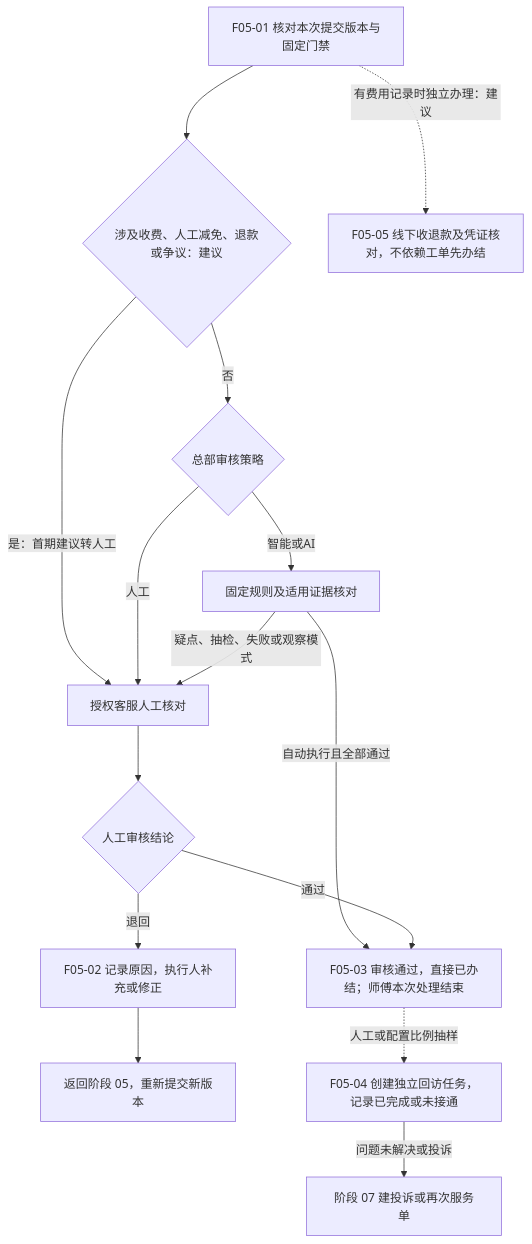
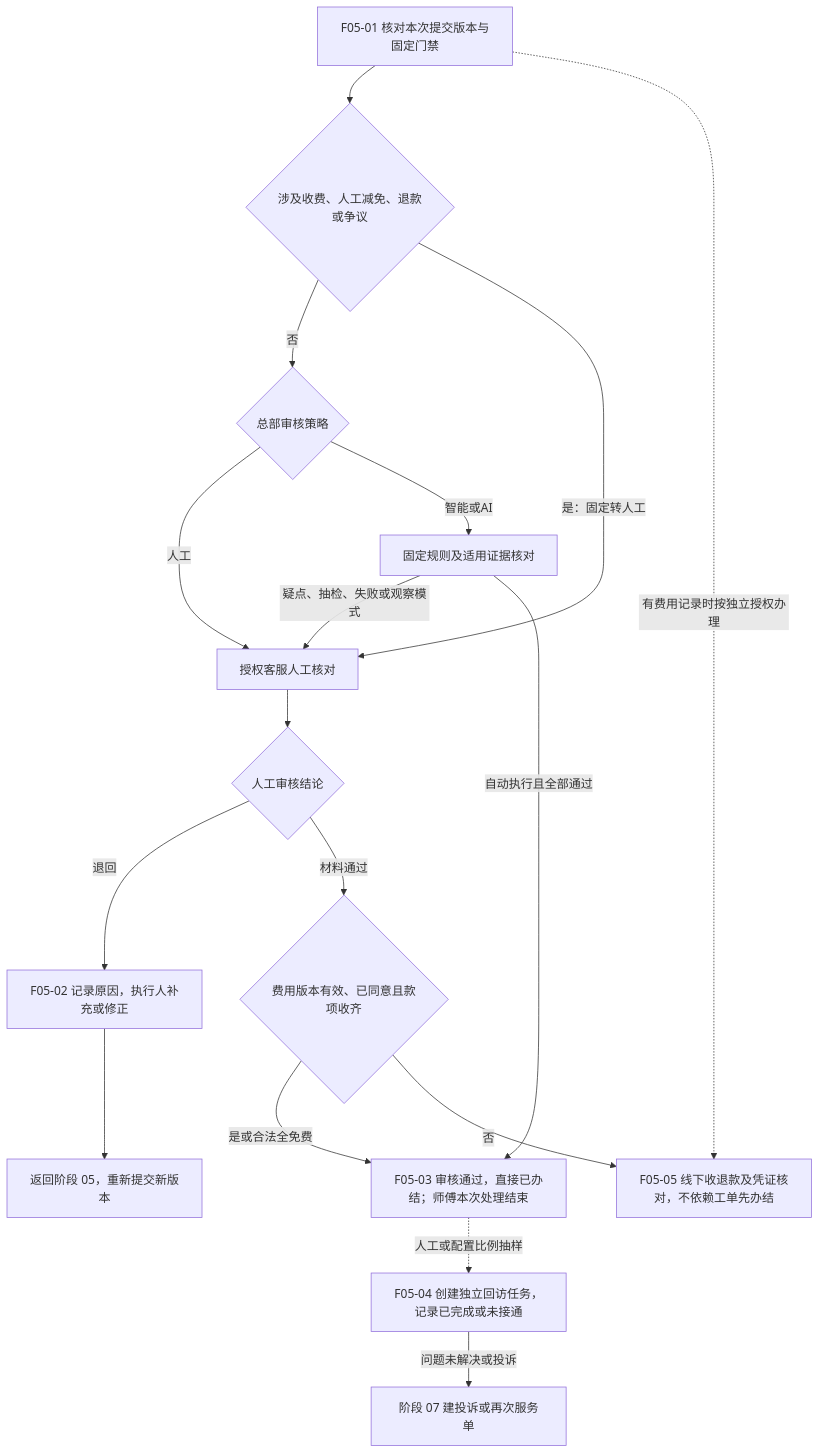
Before and after one commit to zhiyuan23/toto-after-sales-docs: the diagram in 05-业务流程/06-完工审核与回访关闭.md, drawn with Mermaid. The commit also changed other lines of this file and 21 other files, not shown here.

````diff
--- a/05-业务流程/06-完工审核与回访关闭.md
+++ b/05-业务流程/06-完工审核与回访关闭.md
@@ -20,17 +20,19 @@
 ```mermaid
 flowchart TD
-    F05_01[F05-01 核对本次提交版本与固定门禁] --> FEE{涉及收费、人工减免、退款或争议：建议}
+    F05_01[F05-01 核对本次提交版本与固定门禁] --> FEE{涉及收费、人工减免、退款或争议}
     FEE -->|否| MODE{总部审核策略}
-    FEE -->|是：首期建议转人工| HUMAN
+    FEE -->|是：固定转人工| HUMAN
     MODE -->|人工| HUMAN[授权客服人工核对]
     MODE -->|智能或AI| AUTO[固定规则及适用证据核对]
     AUTO -->|疑点、抽检、失败或观察模式| HUMAN
     AUTO -->|自动执行且全部通过| F05_03
     HUMAN --> A{人工审核结论}
     A -->|退回| F05_02[F05-02 记录原因，执行人补充或修正]
     F05_02 --> RETURN[返回阶段 05，重新提交新版本]
-    A -->|通过| F05_03[F05-03 审核通过，直接已办结；师傅本次处理结束]
+    A -->|材料通过| PAID{费用版本有效、已同意且款项收齐}
+    PAID -->|是或合法全免费| F05_03[F05-03 审核通过，直接已办结；师傅本次处理结束]
+    PAID -->|否| F05_05
     F05_03 -. 人工或配置比例抽样 .-> F05_04[F05-04 创建独立回访任务，记录已完成或未接通]
-    F05_01 -. 有费用记录时独立办理：建议 .-> F05_05[F05-05 线下收退款及凭证核对，不依赖工单先办结]
+    F05_01 -. 有费用记录时按独立授权办理 .-> F05_05[F05-05 线下收退款及凭证核对，不依赖工单先办结]
     F05_04 -->|问题未解决或投诉| EX[阶段 07 建投诉或再次服务单]
 ```
````
